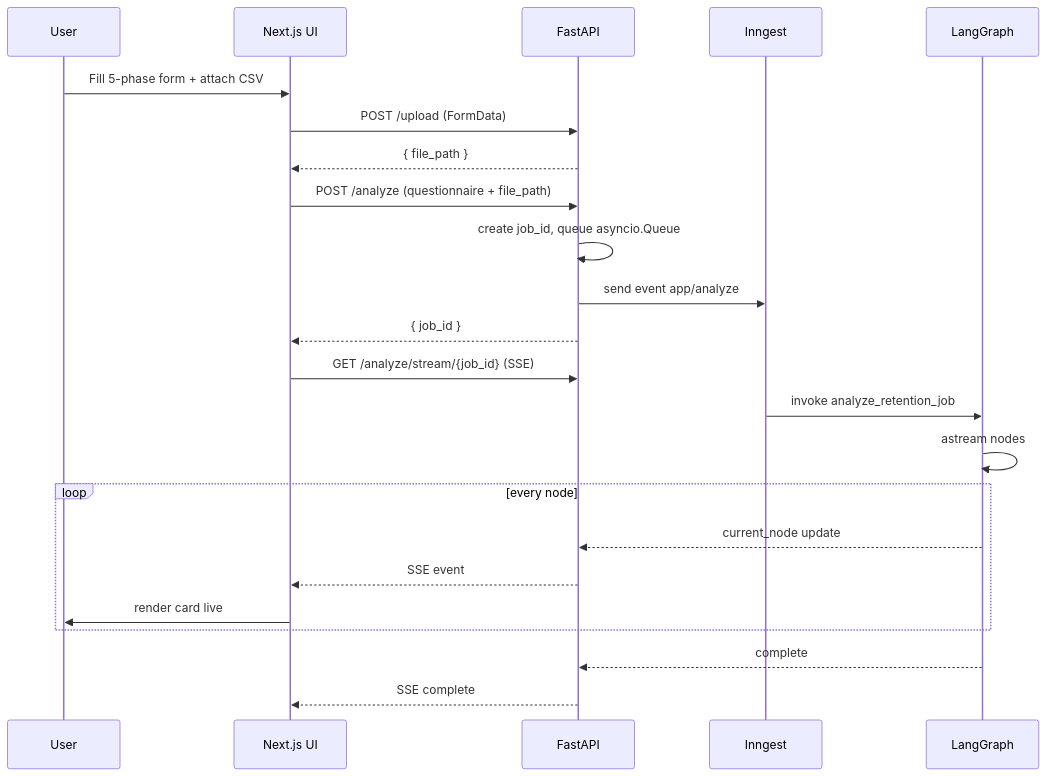
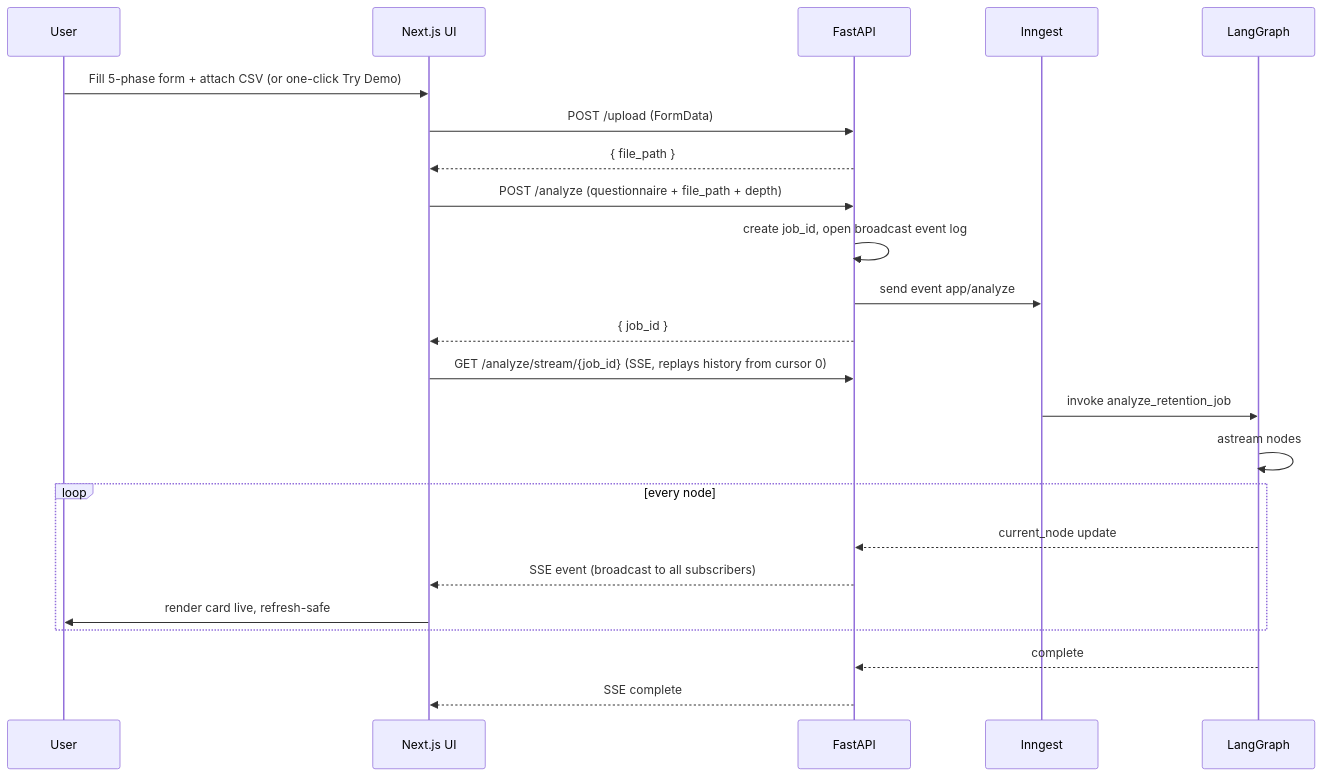
One commit to Abhayanthk/Retain_AI changed the third of 3 diagrams in README.md. Above: the diagram before and after it, drawn with Mermaid. The commit also changed other lines of this file and 4 other files, not shown here.

````diff
--- a/README.md
+++ b/README.md
@@ -169,26 +189,26 @@
 ```mermaid
 sequenceDiagram
     participant U as User
     participant F as Next.js UI
     participant A as FastAPI
     participant I as Inngest
     participant G as LangGraph
 
-    U->>F: Fill 5-phase form + attach CSV
+    U->>F: Fill 5-phase form + attach CSV (or one-click Try Demo)
     F->>A: POST /upload (FormData)
     A-->>F: { file_path }
-    F->>A: POST /analyze (questionnaire + file_path)
-    A->>A: create job_id, queue asyncio.Queue
+    F->>A: POST /analyze (questionnaire + file_path + depth)
+    A->>A: create job_id, open broadcast event log
     A->>I: send event app/analyze
     A-->>F: { job_id }
-    F->>A: GET /analyze/stream/{job_id} (SSE)
+    F->>A: GET /analyze/stream/{job_id} (SSE, replays history from cursor 0)
     I->>G: invoke analyze_retention_job
     G->>G: astream nodes
     loop every node
         G-->>A: current_node update
-        A-->>F: SSE event
-        F->>U: render card live
+        A-->>F: SSE event (broadcast to all subscribers)
+        F->>U: render card live, refresh-safe
     end
     G-->>A: complete
     A-->>F: SSE complete
 ```
````
